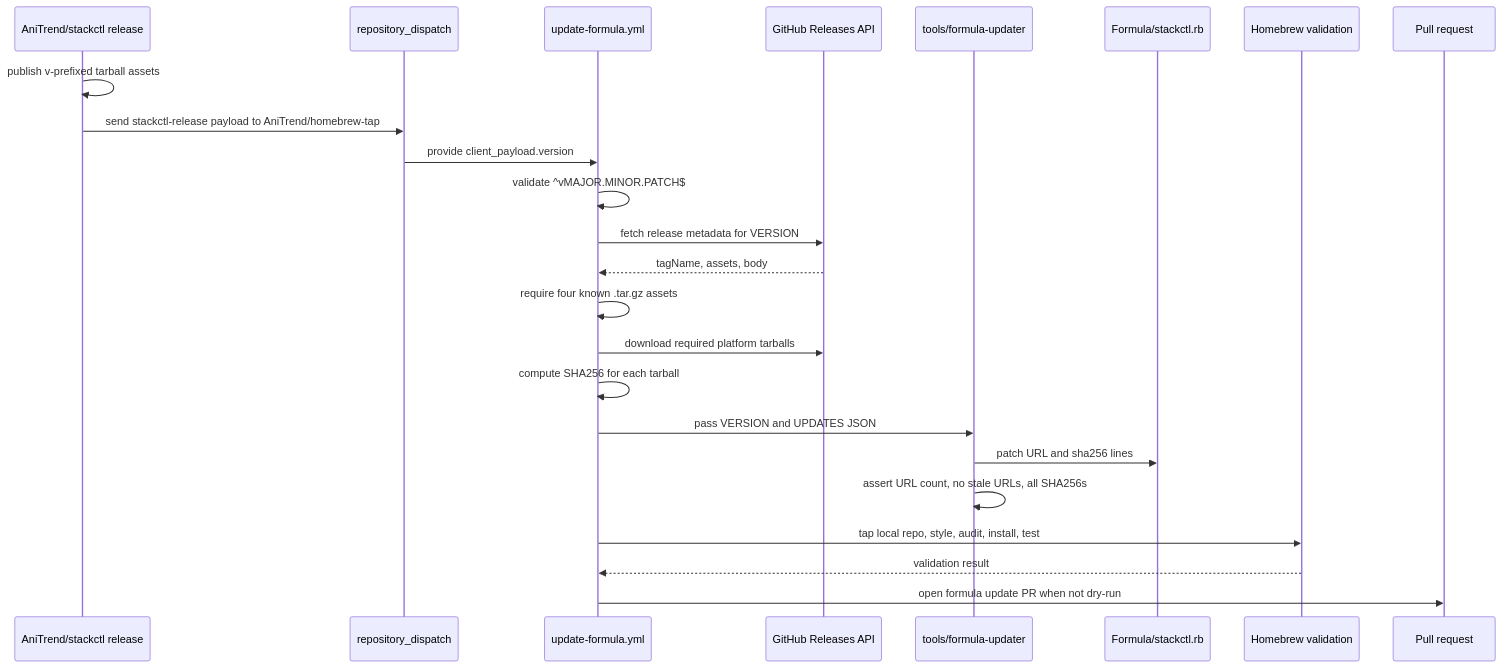
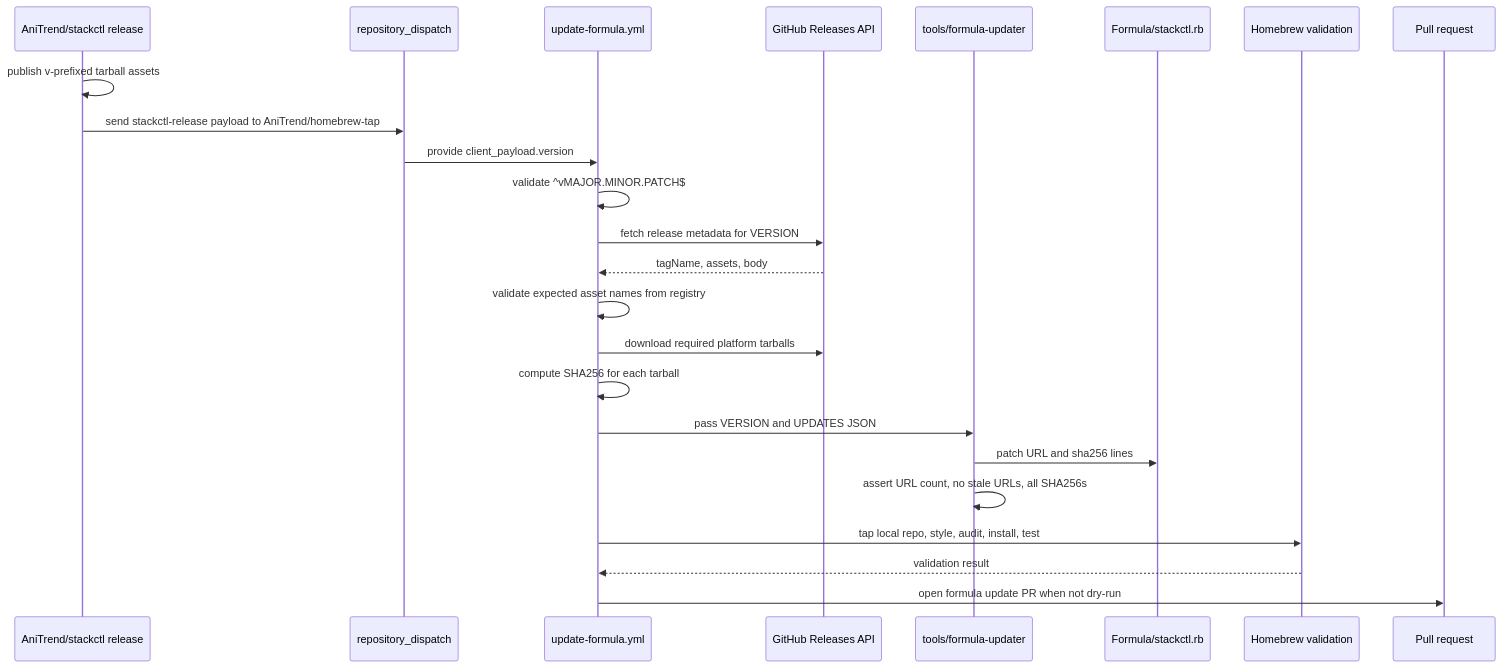
One commit to AniTrend/homebrew-tap changed the second of 3 diagrams in docs/stackctl-formula-update-flow.md. Above: the diagram before and after it, drawn with Mermaid. The commit also changed other lines of this file and 13 other files, not shown here.

````diff
--- a/docs/stackctl-formula-update-flow.md
+++ b/docs/stackctl-formula-update-flow.md
@@ -47,27 +47,27 @@
 ```mermaid
 sequenceDiagram
   participant Release as AniTrend/stackctl release
   participant Dispatch as repository_dispatch
   participant Workflow as update-formula.yml
   participant GH as GitHub Releases API
   participant Updater as tools/formula-updater
   participant Formula as Formula/stackctl.rb
   participant Brew as Homebrew validation
   participant PR as Pull request
 
   Release->>Release: publish v-prefixed tarball assets
   Release->>Dispatch: send stackctl-release payload to AniTrend/homebrew-tap
   Dispatch->>Workflow: provide client_payload.version
   Workflow->>Workflow: validate ^vMAJOR.MINOR.PATCH$
   Workflow->>GH: fetch release metadata for VERSION
   GH-->>Workflow: tagName, assets, body
-  Workflow->>Workflow: require four known .tar.gz assets
+  Workflow->>Workflow: validate expected asset names from registry
   Workflow->>GH: download required platform tarballs
   Workflow->>Workflow: compute SHA256 for each tarball
   Workflow->>Updater: pass VERSION and UPDATES JSON
   Updater->>Formula: patch URL and sha256 lines
   Updater->>Updater: assert URL count, no stale URLs, all SHA256s
   Workflow->>Brew: tap local repo, style, audit, install, test
   Brew-->>Workflow: validation result
   Workflow->>PR: open formula update PR when not dry-run
 ```
````
